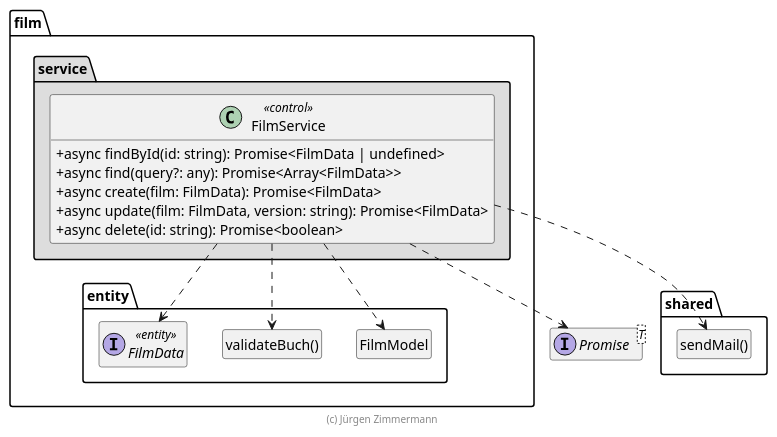
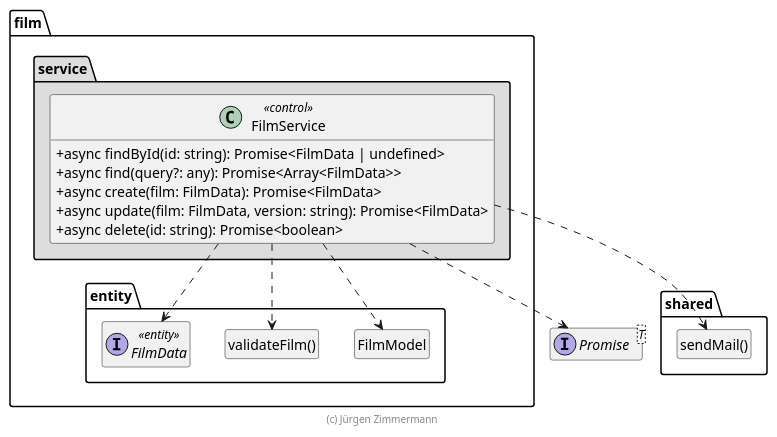
Before and after one commit to marcelmaerdian/SWE_WS2020: the diagram in doc/entwicklerhandbuch/FilmService.puml, drawn with PlantUML. The commit also changed 16 other files, not shown here.

Commit message:
Entwicklung validateFilm.ts

```diff
--- a/doc/entwicklerhandbuch/FilmService.puml
+++ b/doc/entwicklerhandbuch/FilmService.puml
@@ -15,46 +15,46 @@
 @startuml Anwendungskern
 
 !pragma useNewPackage
 skinparam classAttributeIconSize 0
 skinparam componentStyle uml2
 
 interface Promise<T>
 
 package shared {
   class "sendMail()" as sendMail
   hide sendMail circle
 }
 
 package film {
   package entity {
     class FilmModel
     hide FilmModel circle
 
-    class "validateBuch()" as validateBuch
-    hide validateBuch circle
+    class "validateFilm()" as validateFilm
+    hide validateFilm circle
 
     interface FilmData <<entity>>
   }
 
   package service #DDDDDD {
     FilmService ..> Promise
     FilmService ..> FilmModel
     FilmService ..> FilmData
-    FilmService ..> validateBuch
+    FilmService ..> validateFilm
     FilmService ..> sendMail
 
     class FilmService << control >> {
       + async findById(id: string): Promise<FilmData | undefined>
       + async find(query?: any): Promise<Array<FilmData>>
       + async create(film: FilmData): Promise<FilmData>
       + async update(film: FilmData, version: string): Promise<FilmData>
       + async delete(id: string): Promise<boolean>
     }
   }
 }
 
 hide empty members
 
 footer (c) Jürgen Zimmermann
 
 @enduml
```
